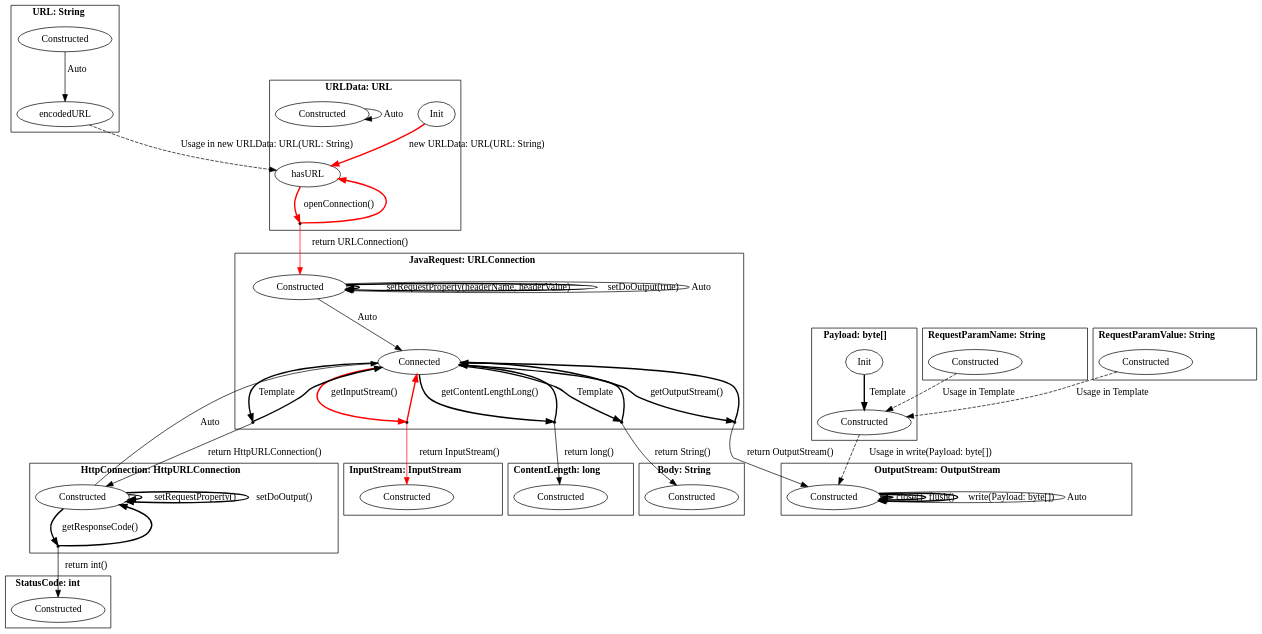
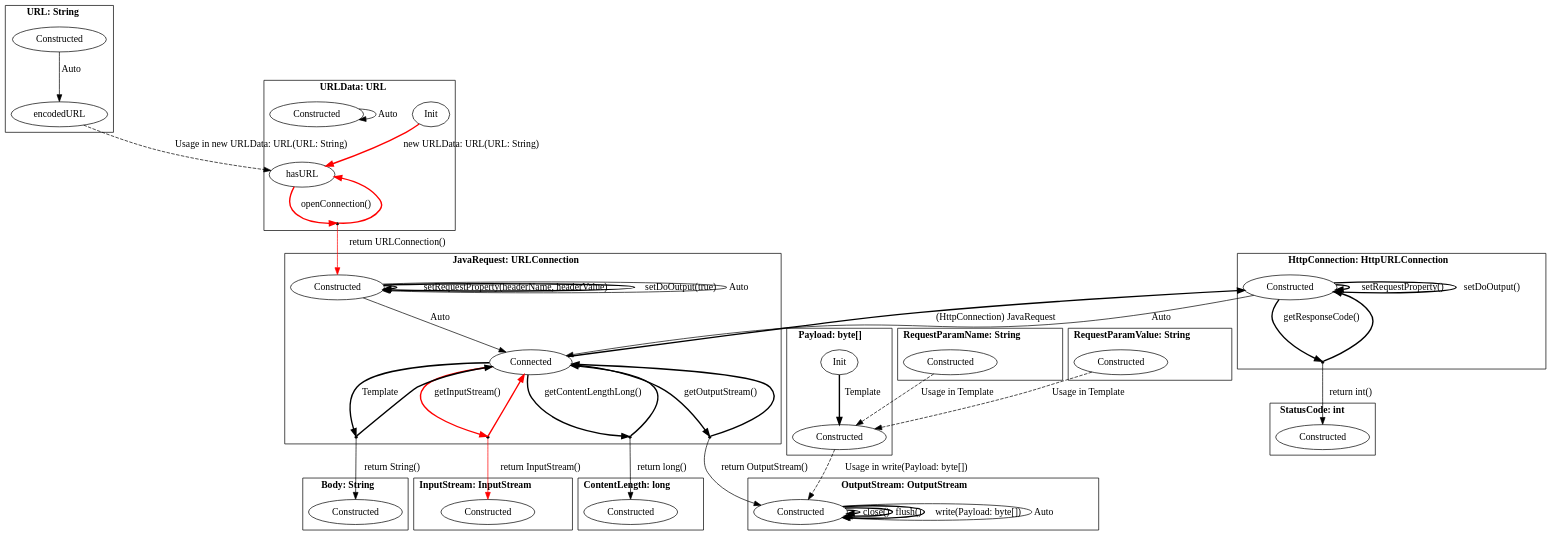
The diagram in pictures/extracted_java.dot (h31/LibraryMigration), drawn with Graphviz before and after one commit. The commit also changed 11 other files, not shown here.

```diff
--- a/pictures/extracted_java.dot
+++ b/pictures/extracted_java.dot
@@ -1,103 +1,100 @@
 digraph G {
     bgcolor="transparent";
     subgraph cluster0 {
     label = <<B>URL: String</B>>;
         Constructed_URL [ label="Constructed" ];
         encodedURL_URL [ label="encodedURL" ];
     }
     subgraph cluster1 {
     label = <<B>URLData: URL</B>>;
         Init_URLData [ label="Init" ];
         hasURL_URLData [ label="hasURL" ];
         Constructed_URLData [ label="Constructed" ];
         virtual0 [ shape = point ];
     }
     subgraph cluster2 {
     label = <<B>JavaRequest: URLConnection</B>>;
         Constructed_JavaRequest [ label="Constructed" ];
         Connected_JavaRequest [ label="Connected" ];
         virtual1 [ shape = point ];
         virtual2 [ shape = point ];
         virtual3 [ shape = point ];
         virtual4 [ shape = point ];
-        virtual5 [ shape = point ];
     }
     subgraph cluster3 {
     label = <<B>Body: String</B>>;
         Constructed_Body [ label="Constructed" ];
     }
     subgraph cluster4 {
     label = <<B>InputStream: InputStream</B>>;
         Constructed_InputStream [ label="Constructed" ];
     }
     subgraph cluster5 {
     label = <<B>ContentLength: long</B>>;
         Constructed_ContentLength [ label="Constructed" ];
     }
     subgraph cluster6 {
     label = <<B>StatusCode: int</B>>;
         Constructed_StatusCode [ label="Constructed" ];
     }
     subgraph cluster7 {
     label = <<B>HttpConnection: HttpURLConnection</B>>;
         Constructed_HttpConnection [ label="Constructed" ];
-        virtual6 [ shape = point ];
+        virtual5 [ shape = point ];
     }
     subgraph cluster8 {
     label = <<B>OutputStream: OutputStream</B>>;
         Constructed_OutputStream [ label="Constructed" ];
     }
     subgraph cluster9 {
     label = <<B>Payload: byte[]</B>>;
         Init_Payload [ label="Init" ];
         Constructed_Payload [ label="Constructed" ];
     }
     subgraph cluster10 {
     label = <<B>RequestParamName: String</B>>;
         Constructed_RequestParamName [ label="Constructed" ];
     }
     subgraph cluster11 {
     label = <<B>RequestParamValue: String</B>>;
         Constructed_RequestParamValue [ label="Constructed" ];
     }
         Constructed_URL -> encodedURL_URL [ label="Auto", style = "solid"  ];
         encodedURL_URL -> hasURL_URLData [ label="Usage in new URLData: URL(URL: String)", style = "dashed"  ];
         Init_URLData -> hasURL_URLData [ label="new URLData: URL(URL: String)", style = "bold" , color = red ];
         hasURL_URLData -> virtual0 [ style = "bold" label="openConnection()" , color = red ];
         virtual0 -> hasURL_URLData [ style = "bold" , color = red ];
         virtual0 -> Constructed_JavaRequest [ label="return URLConnection()" , color = red ];
         Constructed_URLData -> Constructed_URLData [ label="Auto", style = "solid"  ];
         Constructed_JavaRequest -> Connected_JavaRequest [ label="Auto", style = "solid"  ];
         Connected_JavaRequest -> virtual1 [ style = "bold" label="Template"  ];
         virtual1 -> Connected_JavaRequest [ style = "bold"  ];
         virtual1 -> Constructed_Body [ label="return String()"  ];
         Connected_JavaRequest -> virtual2 [ style = "bold" label="getInputStream()" , color = red ];
         virtual2 -> Connected_JavaRequest [ style = "bold" , color = red ];
         virtual2 -> Constructed_InputStream [ label="return InputStream()" , color = red ];
         Constructed_JavaRequest -> Constructed_JavaRequest [ label="setRequestProperty(headerName, headerValue)", style = "bold"  ];
         Constructed_JavaRequest -> Constructed_JavaRequest [ label="setDoOutput(true)", style = "bold"  ];
         Connected_JavaRequest -> virtual3 [ style = "bold" label="getContentLengthLong()"  ];
         virtual3 -> Connected_JavaRequest [ style = "bold"  ];
         virtual3 -> Constructed_ContentLength [ label="return long()"  ];
         Connected_JavaRequest -> virtual4 [ style = "bold" label="getOutputStream()"  ];
         virtual4 -> Connected_JavaRequest [ style = "bold"  ];
         virtual4 -> Constructed_OutputStream [ label="return OutputStream()"  ];
-        Connected_JavaRequest -> virtual5 [ style = "bold" label="Template"  ];
-        virtual5 -> Connected_JavaRequest [ style = "bold"  ];
-        virtual5 -> Constructed_HttpConnection [ label="return HttpURLConnection()"  ];
+        Connected_JavaRequest -> Constructed_HttpConnection [ label="(HttpConnection) JavaRequest", style = "bold"  ];
         Constructed_JavaRequest -> Constructed_JavaRequest [ label="Auto", style = "solid"  ];
         Constructed_HttpConnection -> Connected_JavaRequest [ label="Auto", style = "solid"  ];
-        Constructed_HttpConnection -> virtual6 [ style = "bold" label="getResponseCode()"  ];
-        virtual6 -> Constructed_HttpConnection [ style = "bold"  ];
-        virtual6 -> Constructed_StatusCode [ label="return int()"  ];
+        Constructed_HttpConnection -> virtual5 [ style = "bold" label="getResponseCode()"  ];
+        virtual5 -> Constructed_HttpConnection [ style = "bold"  ];
+        virtual5 -> Constructed_StatusCode [ label="return int()"  ];
         Constructed_HttpConnection -> Constructed_HttpConnection [ label="setRequestProperty()", style = "bold"  ];
         Constructed_HttpConnection -> Constructed_HttpConnection [ label="setDoOutput()", style = "bold"  ];
         Constructed_OutputStream -> Constructed_OutputStream [ label="close()", style = "bold"  ];
         Constructed_OutputStream -> Constructed_OutputStream [ label="flush()", style = "bold"  ];
         Constructed_OutputStream -> Constructed_OutputStream [ label="write(Payload: byte[])", style = "bold"  ];
         Constructed_OutputStream -> Constructed_OutputStream [ label="Auto", style = "solid"  ];
         Init_Payload -> Constructed_Payload [ label="Template", style = "bold"  ];
         Constructed_Payload -> Constructed_OutputStream [ label="Usage in write(Payload: byte[])", style = "dashed"  ];
         Constructed_RequestParamName -> Constructed_Payload [ label="Usage in Template", style = "dashed"  ];
         Constructed_RequestParamValue -> Constructed_Payload [ label="Usage in Template", style = "dashed"  ];
 }
```
